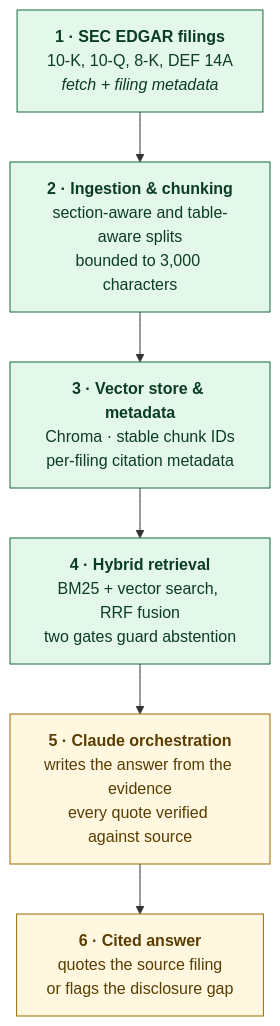
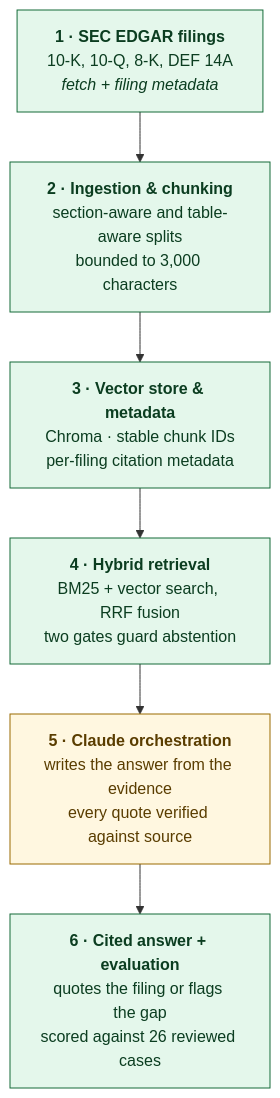
One commit to eliu1122/sec-simplifier changed the diagram in PROGRESS.md. Above: the diagram before and after it, drawn with Mermaid. The commit also changed other lines of this file and 18 other files, not shown here.

````diff
--- a/PROGRESS.md
+++ b/PROGRESS.md
@@ -16,18 +16,18 @@
 ```mermaid
 flowchart TD
     A["<b>1 · SEC EDGAR filings</b><br/>10-K, 10-Q, 8-K, DEF 14A<br/><i>fetch + filing metadata</i>"]
     B["<b>2 · Ingestion &amp; chunking</b><br/>section-aware and table-aware splits<br/>bounded to 3,000 characters"]
     C["<b>3 · Vector store &amp; metadata</b><br/>Chroma · stable chunk IDs<br/>per-filing citation metadata"]
     D["<b>4 · Hybrid retrieval</b><br/>BM25 + vector search, RRF fusion<br/>two gates guard abstention"]
     E["<b>5 · Claude orchestration</b><br/>writes the answer from the evidence<br/>every quote verified against source"]
-    F["<b>6 · Cited answer</b><br/>quotes the source filing<br/>or flags the disclosure gap"]
+    F["<b>6 · Cited answer + evaluation</b><br/>quotes the filing or flags the gap<br/>scored against 26 reviewed cases"]
 
     A --> B --> C --> D --> E --> F
 
     classDef done fill:#e4f7eb,stroke:#146b38,color:#0b3d20;
     classDef partial fill:#fff7e0,stroke:#9a6b00,color:#5a3d00;
     classDef planned fill:#eef2ff,stroke:#3f51b5,color:#22307a;
 
-    class A,B,C,D done;
-    class E,F partial;
+    class A,B,C,D,F done;
+    class E partial;
 ```
````
